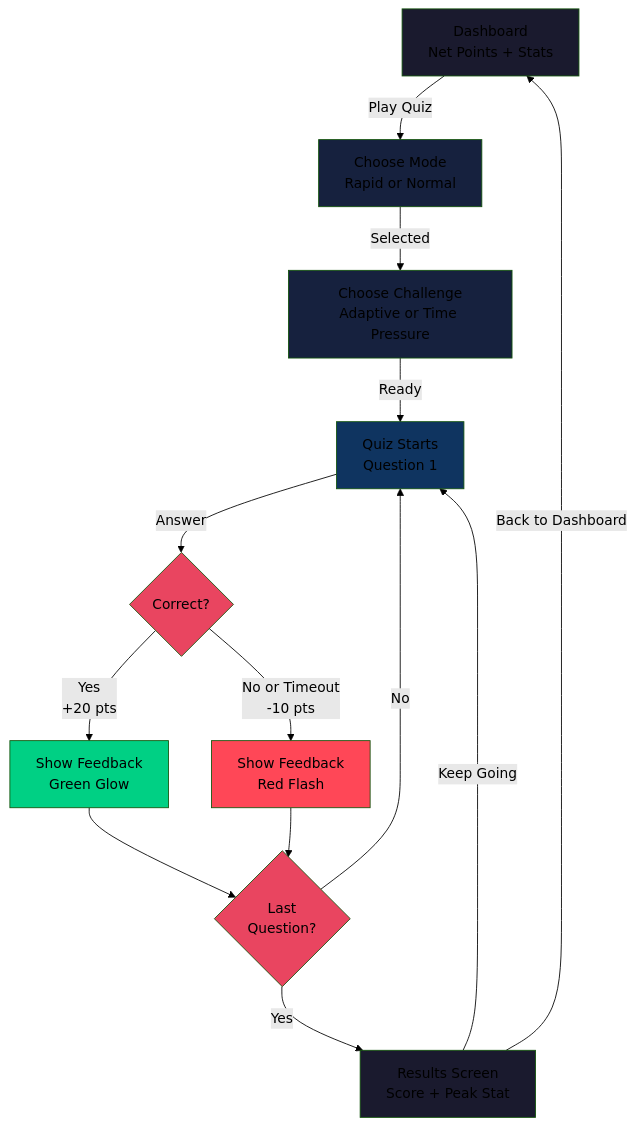
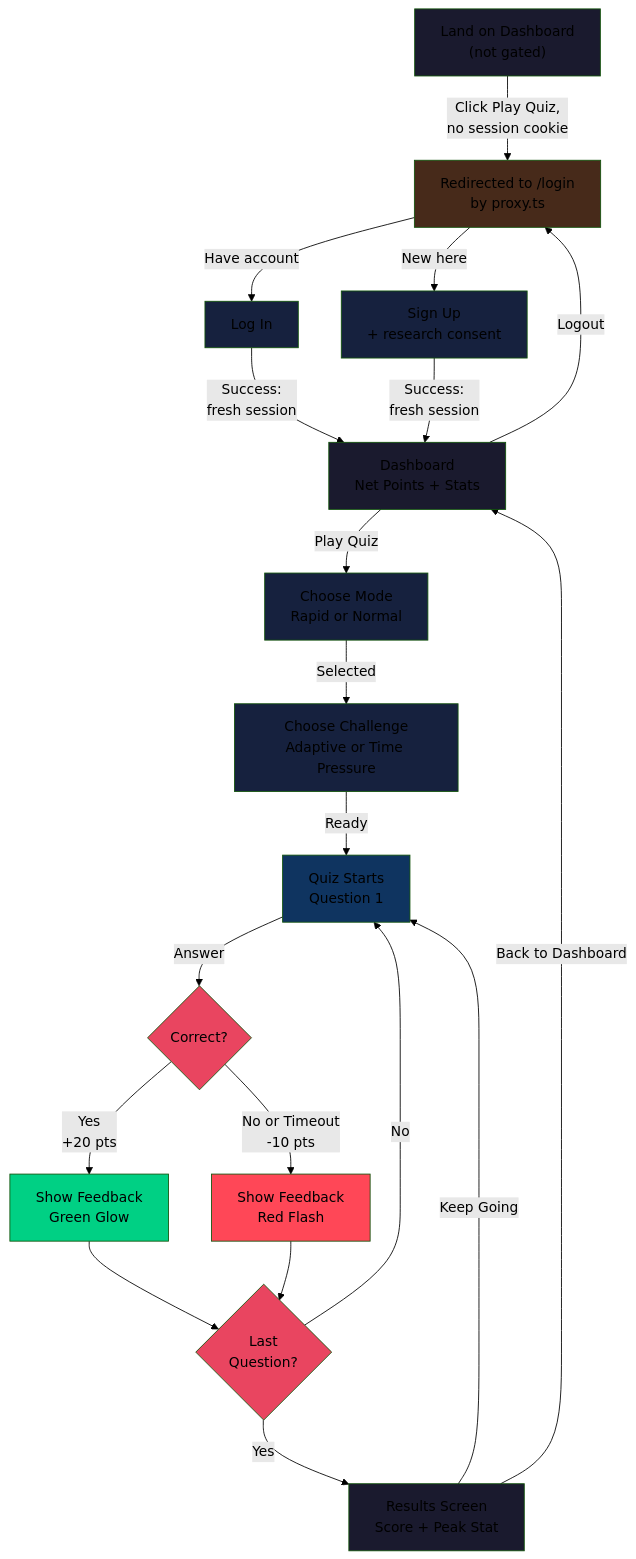
One commit to sumeet96/gamification-platform changed the diagram in docs/design/user-journey.md. Above: the diagram before and after it, drawn with Mermaid (forest theme). The commit also changed other lines of this file and 19 other files, not shown here.

````diff
--- a/docs/design/user-journey.md
+++ b/docs/design/user-journey.md
@@ -93,25 +105,35 @@
 ```mermaid
 graph TD
+    Z0["Land on Dashboard<br/>(not gated)"] -->|Click Play Quiz,<br/>no session cookie| Z1["Redirected to /login<br/>by proxy.ts"]
+    Z1 -->|Have account| Z2["Log In"]
+    Z1 -->|New here| Z3["Sign Up<br/>+ research consent"]
+    Z2 -->|Success:<br/>fresh session| A
+    Z3 -->|Success:<br/>fresh session| A
     A["Dashboard<br/>Net Points + Stats"] -->|Play Quiz| B["Choose Mode<br/>Rapid or Normal"]
     B -->|Selected| C["Choose Challenge<br/>Adaptive or Time Pressure"]
     C -->|Ready| D["Quiz Starts<br/>Question 1"]
     D -->|Answer| E{Correct?}
     E -->|Yes<br/>+20 pts| F["Show Feedback<br/>Green Glow"]
     E -->|No or Timeout<br/>-10 pts| G["Show Feedback<br/>Red Flash"]
     F --> H{Last<br/>Question?}
     G --> H
     H -->|No| D
     H -->|Yes| I["Results Screen<br/>Score + Peak Stat"]
     I -->|Keep Going| D
     I -->|Back to Dashboard| A
+    A -->|Logout| Z1
     
+    style Z0 fill:#1a1a2e
+    style Z1 fill:#472a1a
+    style Z2 fill:#16213e
+    style Z3 fill:#16213e
     style A fill:#1a1a2e
     style B fill:#16213e
     style C fill:#16213e
     style D fill:#0f3460
     style E fill:#e94560
     style F fill:#00d084
     style G fill:#ff4757
     style H fill:#e94560
     style I fill:#1a1a2e
 ```
````
